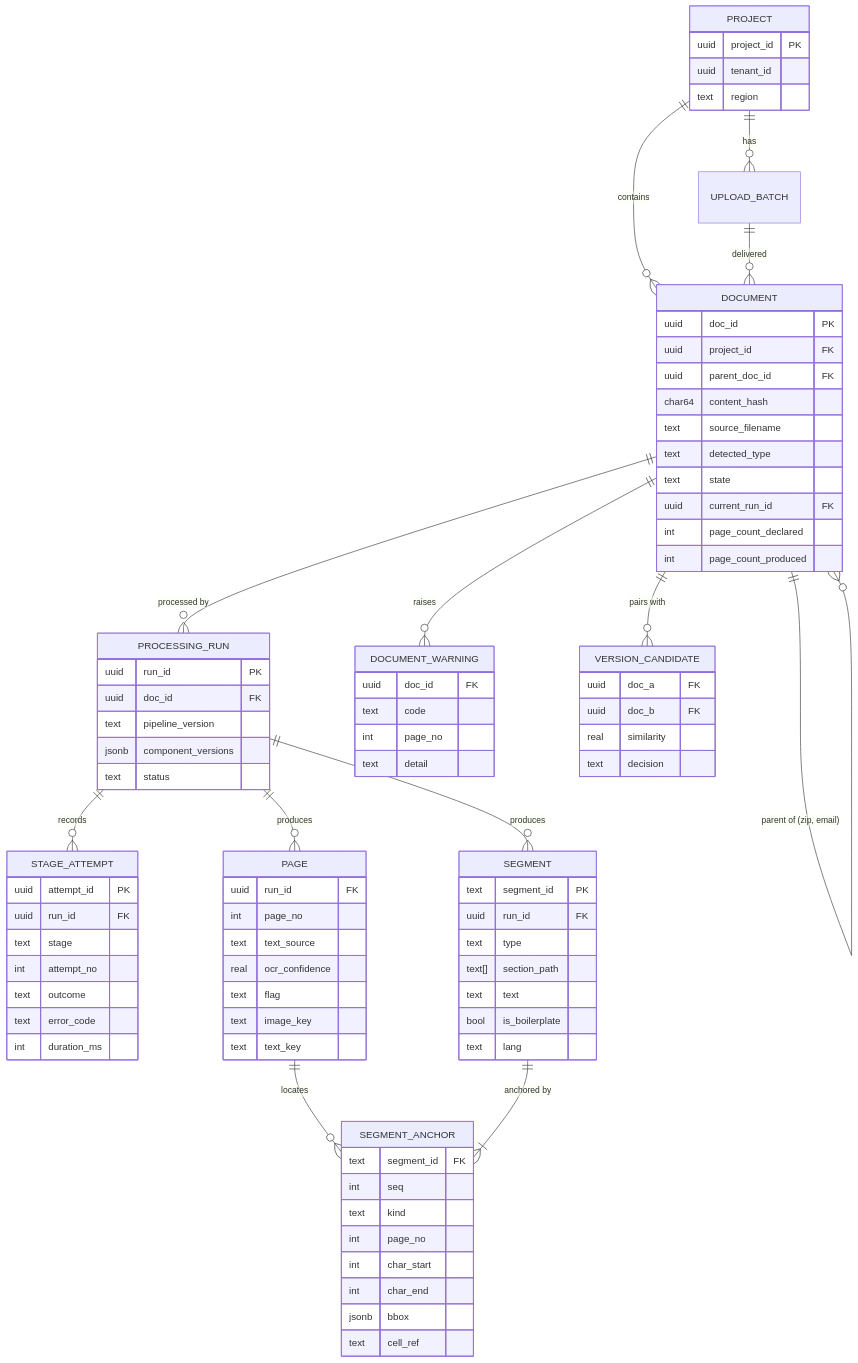
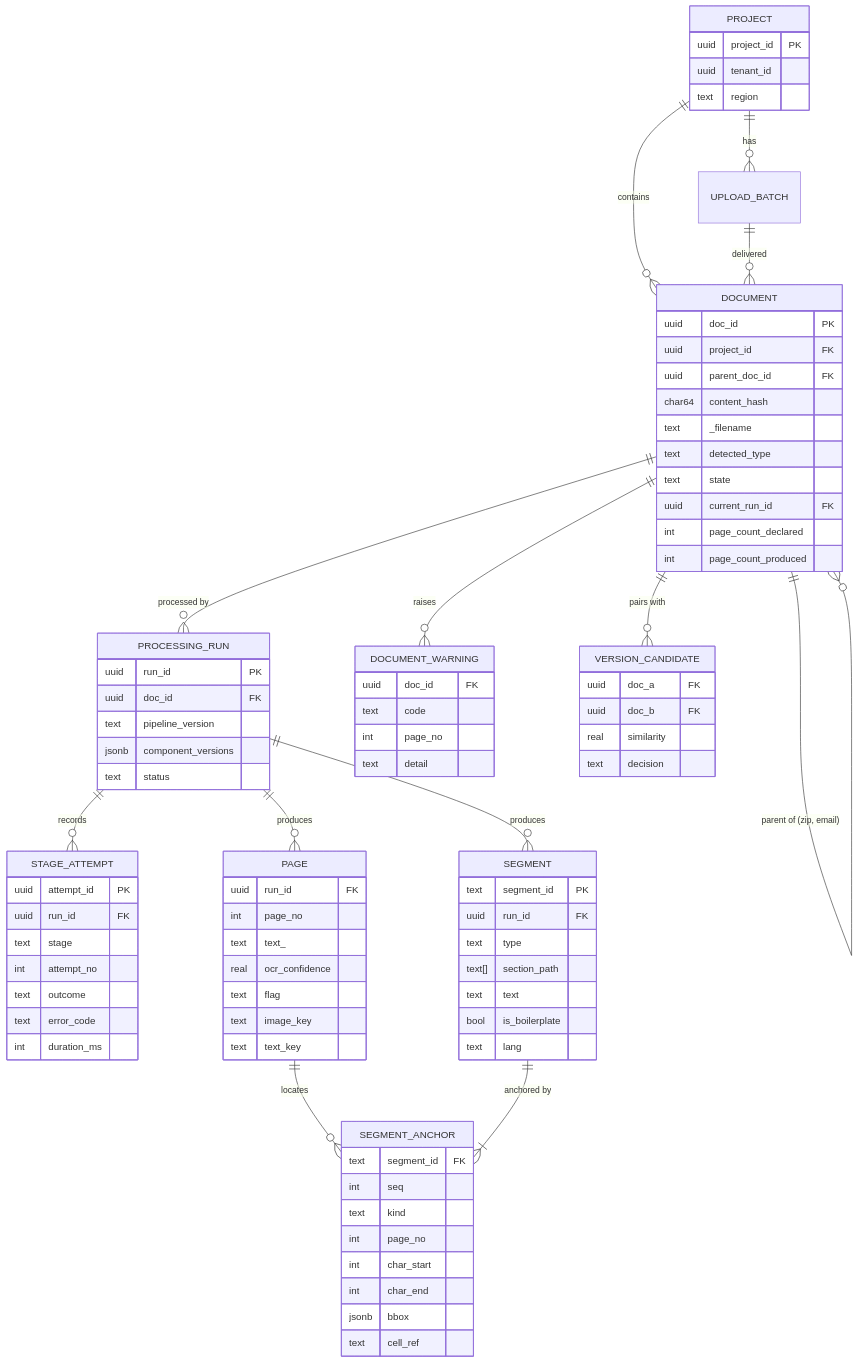
One commit to shanojpillai/cite-or-omit changed the sixth of 7 diagrams in docs/prd/Chunk 01 · Ingest, normalise & segment — Low-Level Design.md. Above: the diagram before and after it, drawn with Mermaid. The commit also changed other lines of this file, not shown here.

First line of the commit message:
Remove diagram source references from documentation

```diff
--- a/docs/prd/Chunk 01 · Ingest, normalise & segment — Low-Level Design.md
+++ b/docs/prd/Chunk 01 · Ingest, normalise & segment — Low-Level Design.md
@@ -681,7 +672,7 @@
     uuid project_id FK
     uuid parent_doc_id FK
     char64 content_hash
-    text source_filename
+    text _filename
     text detected_type
     text state
     uuid current_run_id FK
@@ -707,7 +698,7 @@
   PAGE {
     uuid run_id FK
     int page_no
-    text text_source
+    text text_
     real ocr_confidence
     text flag
     text image_key
```
